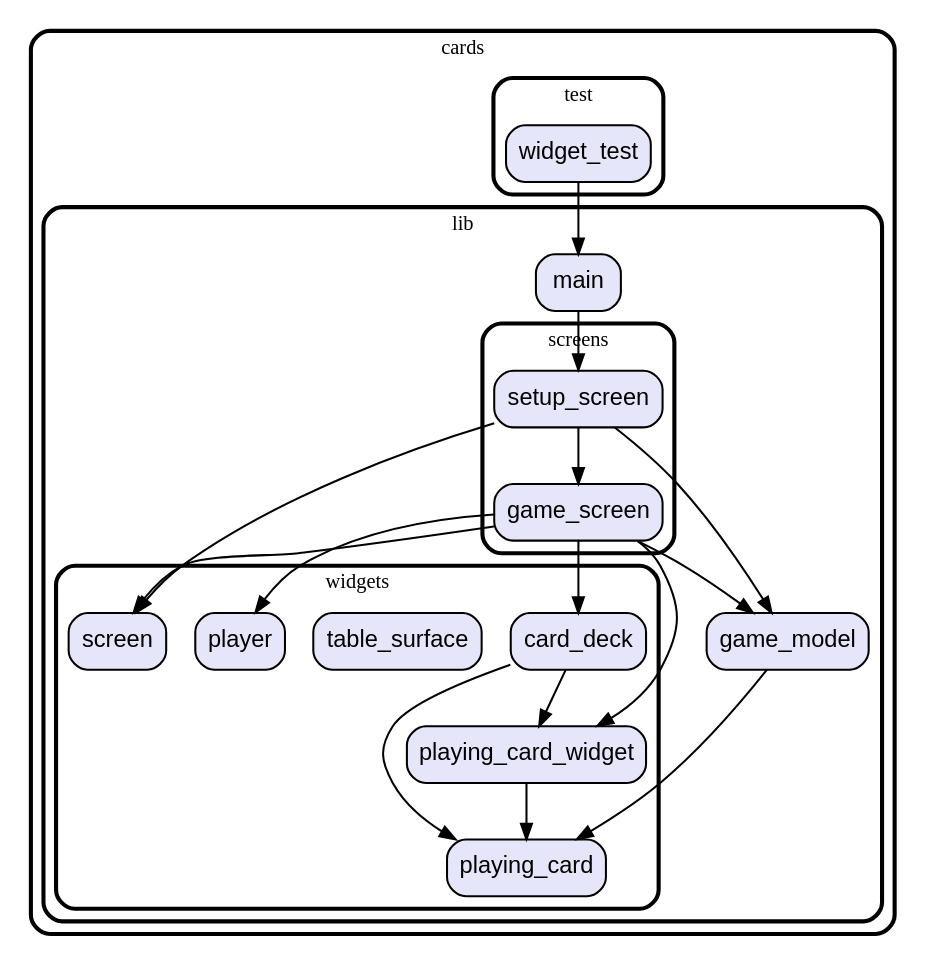
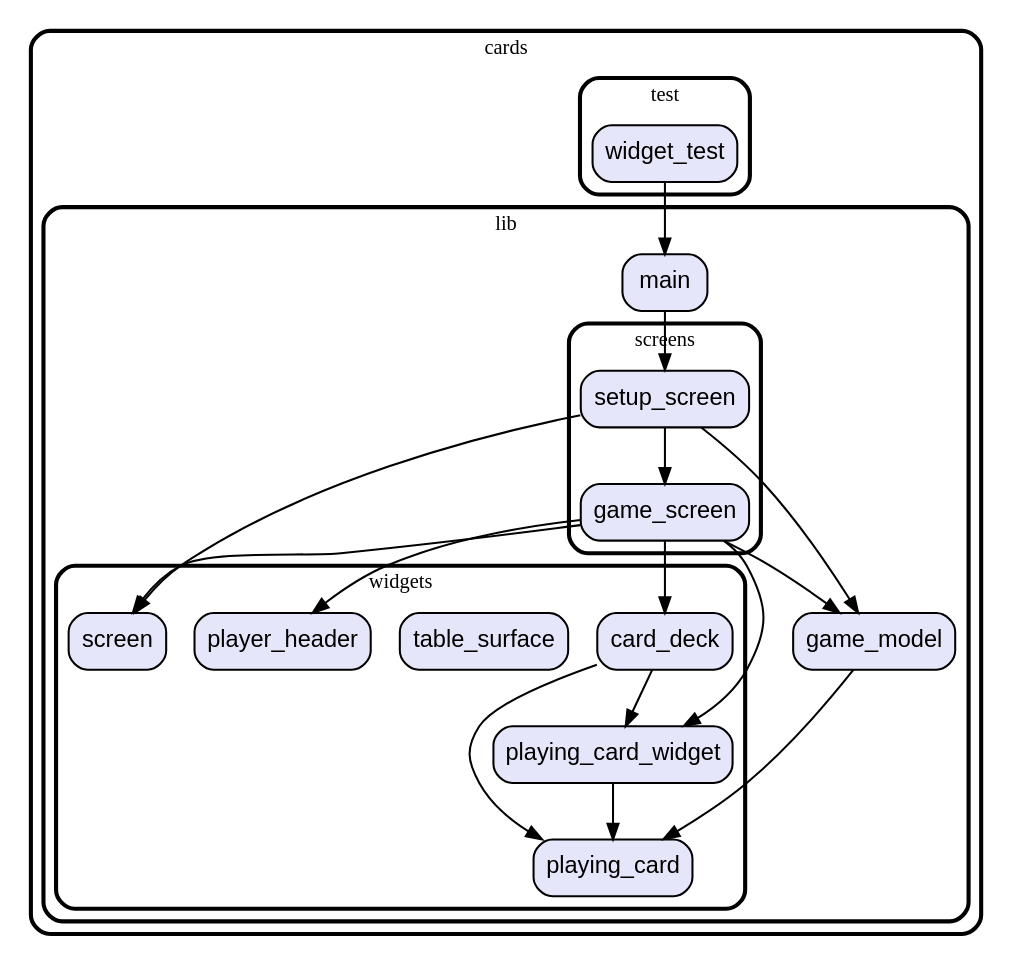
Before and after one commit to vteam-com/Cards: the diagram in graph.dot, drawn with Graphviz. The commit also changed 6 other files, not shown here.

```diff
--- a/graph.dot
+++ b/graph.dot
@@ -1,56 +1,56 @@
 digraph "" {
   graph [style=rounded fontname="Arial Black" fontsize=13 penwidth=2.6];
   node [shape=rect style="filled,rounded" fontname=Arial fontsize=15 fillcolor=Lavender penwidth=1.3];
   edge [penwidth=1.3];
   "/test/widget_test.dart" [label="widget_test"];
   "/lib/game_model.dart" [label="game_model"];
   "/lib/screens/game_screen.dart" [label="game_screen"];
   "/lib/screens/setup_screen.dart" [label="setup_screen"];
   "/lib/main.dart" [label="main"];
   "/lib/widgets/playing_card_widget.dart" [label="playing_card_widget"];
   "/lib/widgets/card_deck.dart" [label="card_deck"];
   "/lib/widgets/table_surface.dart" [label="table_surface"];
-  "/lib/widgets/player.dart" [label="player"];
   "/lib/widgets/playing_card.dart" [label="playing_card"];
   "/lib/widgets/screen.dart" [label="screen"];
+  "/lib/widgets/player_header.dart" [label="player_header"];
   subgraph "cluster~" {
     label="cards";
     subgraph "cluster~/test" {
       label="test";
       "/test/widget_test.dart";
     }
     subgraph "cluster~/lib" {
       label="lib";
       "/lib/game_model.dart";
       "/lib/main.dart";
       subgraph "cluster~/lib/screens" {
         label="screens";
         "/lib/screens/game_screen.dart";
         "/lib/screens/setup_screen.dart";
       }
       subgraph "cluster~/lib/widgets" {
         label="widgets";
         "/lib/widgets/playing_card_widget.dart";
         "/lib/widgets/card_deck.dart";
         "/lib/widgets/table_surface.dart";
-        "/lib/widgets/player.dart";
         "/lib/widgets/playing_card.dart";
         "/lib/widgets/screen.dart";
+        "/lib/widgets/player_header.dart";
       }
     }
   }
   "/test/widget_test.dart" -> "/lib/main.dart";
   "/lib/game_model.dart" -> "/lib/widgets/playing_card.dart";
   "/lib/screens/game_screen.dart" -> "/lib/widgets/card_deck.dart";
-  "/lib/screens/game_screen.dart" -> "/lib/widgets/player.dart";
+  "/lib/screens/game_screen.dart" -> "/lib/widgets/player_header.dart";
   "/lib/screens/game_screen.dart" -> "/lib/widgets/playing_card_widget.dart";
   "/lib/screens/game_screen.dart" -> "/lib/widgets/screen.dart";
   "/lib/screens/game_screen.dart" -> "/lib/game_model.dart";
   "/lib/screens/setup_screen.dart" -> "/lib/game_model.dart";
   "/lib/screens/setup_screen.dart" -> "/lib/screens/game_screen.dart";
   "/lib/screens/setup_screen.dart" -> "/lib/widgets/screen.dart";
   "/lib/main.dart" -> "/lib/screens/setup_screen.dart";
   "/lib/widgets/playing_card_widget.dart" -> "/lib/widgets/playing_card.dart";
   "/lib/widgets/card_deck.dart" -> "/lib/widgets/playing_card.dart";
   "/lib/widgets/card_deck.dart" -> "/lib/widgets/playing_card_widget.dart";
 }
```
